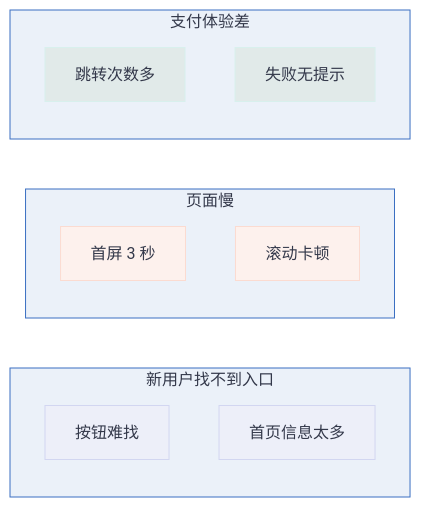
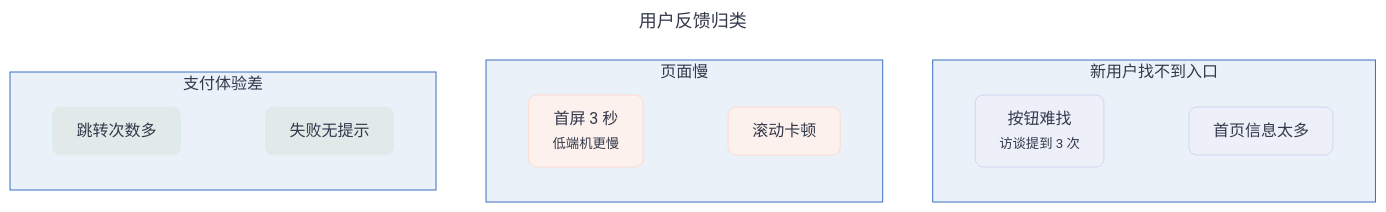
The fourth of 45 diagrams in docs/画图指南.md (huang-hee/diagram-kit), drawn with Mermaid before and after one commit. The commit also changed other lines of this file and 248 other files, not shown here.

First line of the commit message:
feat: 示例按统一风格重做，补齐 42 张 drawio 整图示例，默认工具改为 drawio

````diff
--- a/docs/画图指南.md
+++ b/docs/画图指南.md
@@ -362,43 +354,48 @@
 ```mermaid
 ---
+title: "用户反馈归类"
 config:
   theme: base
   fontFamily: "PingFang SC, Microsoft YaHei, Noto Sans CJK SC, Source Han Sans SC, sans-serif"
+  flowchart:
+    curve: "step"
+    nodeSpacing: 50
+    rankSpacing: 60
+    padding: 12
+    wrappingWidth: 300
   themeVariables:
     background: "#FFFFFF"
     primaryColor: "#FFFFFF"
     primaryBorderColor: "#3B6FC2"
     primaryTextColor: "#33384A"
     nodeTextColor: "#33384A"
     secondaryColor: "#FBDBD1"
     tertiaryColor: "#EBF1F9"
     lineColor: "#3B6FC2"
     textColor: "#33384A"
     clusterBkg: "#EBF1F9"
     clusterBorder: "#3B6FC2"
     edgeLabelBackground: "#FFFFFF"
     titleColor: "#33384A"
     noteBkgColor: "#FFF6CE"
     noteBorderColor: "#A6A086"
     noteTextColor: "#33384A"
 ---
-flowchart LR
+flowchart TB
   subgraph G1[新用户找不到入口]
-    a1[按钮难找]:::g1
-    a2[首页信息太多]:::g1
+    a1["按钮难找<br><small>访谈提到 3 次</small>"]:::g1 ~~~ a2[首页信息太多]:::g1
   end
   subgraph G2[页面慢]
-    b1[首屏 3 秒]:::g2
-    b2[滚动卡顿]:::g2
+    b1["首屏 3 秒<br><small>低端机更慢</small>"]:::g2 ~~~ b2[滚动卡顿]:::g2
   end
   subgraph G3[支付体验差]
-    c1[跳转次数多]:::g3
-    c2[失败无提示]:::g3
+    c1[跳转次数多]:::g3 ~~~ c2[失败无提示]:::g3
   end
-classDef g1 fill:#EDEFF9,stroke:#D2D6F1,color:#33384A
-classDef g2 fill:#FDF1ED,stroke:#FBDBD1,color:#33384A
-classDef g3 fill:#E1EAE9,stroke:#D8F0ED,color:#33384A
-classDef g4 fill:#FBF2E2,stroke:#F6DEB6,color:#33384A
-classDef title fill:#3B6FC2,stroke:#3B6FC2,color:#FFFFFF,stroke-width:2px
+classDef g1 fill:#EDEFF9,stroke:#D2D6F1,color:#33384A,rx:8,ry:8
+classDef g2 fill:#FDF1ED,stroke:#FBDBD1,color:#33384A,rx:8,ry:8
+classDef g3 fill:#E1EAE9,stroke:#D8F0ED,color:#33384A,rx:8,ry:8
+classDef g4 fill:#FBF2E2,stroke:#F6DEB6,color:#33384A,rx:8,ry:8
+classDef title fill:#3B6FC2,stroke:#3B6FC2,color:#FFFFFF,stroke-width:2px,rx:8,ry:8
 %% 用法：节点 A:::g1 或 class A,B g1
+linkStyle default stroke-width:1.5px
 ```
````
